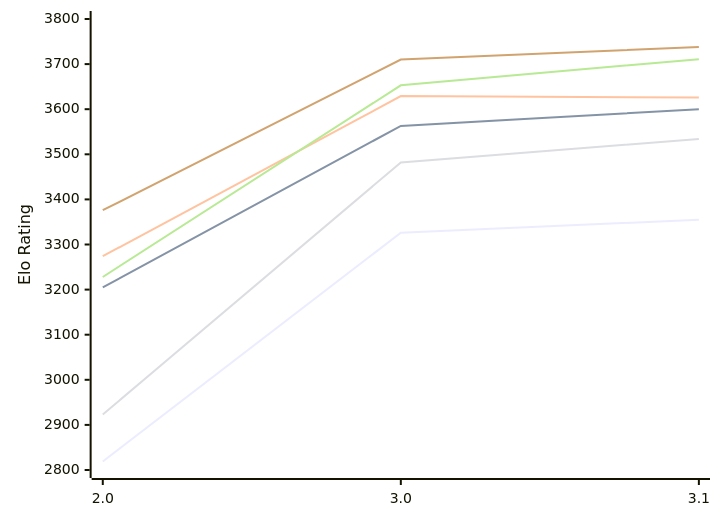
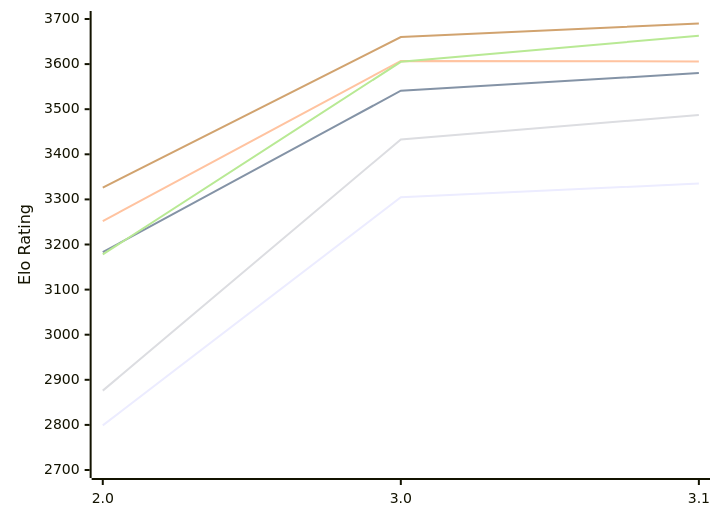
The diagram in engines/Funcomp.md (computer-chess-index/cci), drawn with Mermaid before and after one commit. The commit also changed other lines of this file, not shown here.

Commit message:
Update CCI Ratings (ELO VLTC) - 2026-11-08

````diff
--- a/engines/Funcomp.md
+++ b/engines/Funcomp.md
@@ -51,12 +51,12 @@
 ```mermaid
 %%{init: {"theme":"base","themeVariables":{"seriesColors:['#a3a3a3','#222221','#faa371']}}}%%
 xychart-beta
   x-axis ["2.0", "3.0", "3.1"]
-  y-axis "Elo Rating" 2800 --> 3800
-  line "E1: STC (8.0+0.08s)" [2819, 3326, 3355]
-  line "E1: LTC (60.0+0.60s)" [3205, 3563, 3600]
-  line "E1: VLTC (2m24s+1.12s)" [3274, 3629, 3626]
-  line "P1: STC (8.0+0.08s)" [2923, 3482, 3534]
-  line "P1: LTC (60.0+0.60s)" [3228, 3653, 3711]
-  line "P1: VLTC (2m24s+1.12s)" [3376, 3710, 3738]
+  y-axis "Elo Rating" 2700 --> 3700
+  line "E1: STC (8.0+0.08s)" [2799, 3305, 3335]
+  line "E1: LTC (60.0+0.60s)" [3183, 3541, 3580]
+  line "E1: VLTC (2m24s+1.12s)" [3252, 3607, 3606]
+  line "P1: STC (8.0+0.08s)" [2876, 3433, 3487]
+  line "P1: LTC (60.0+0.60s)" [3178, 3605, 3663]
+  line "P1: VLTC (2m24s+1.12s)" [3326, 3660, 3690]
 ```
````
